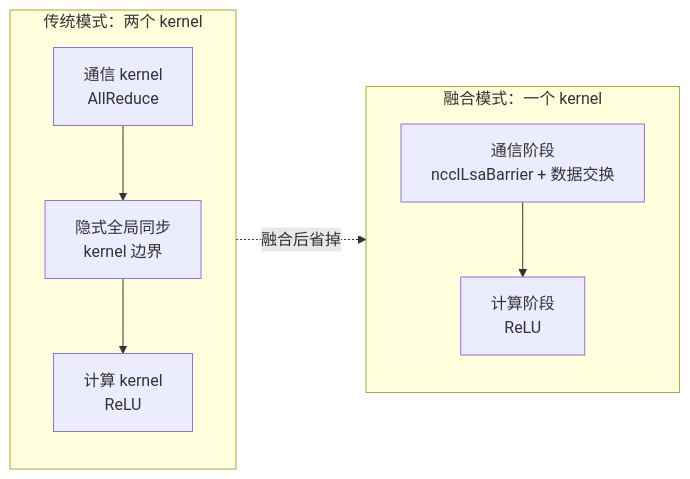
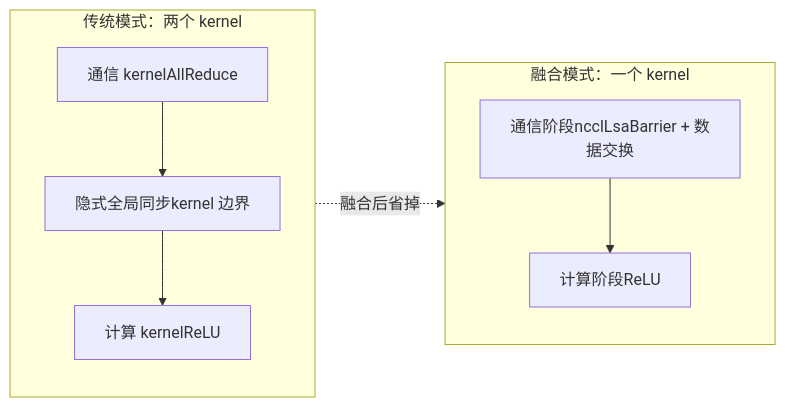
The fifth of 5 diagrams in books/nccl/en/20-device-api-and-kernel-fusion.md (maleRjc/AiReadCodeBooks), drawn with Mermaid before and after one commit. The commit also changed other lines of this file and 80 other files, not shown here.

````diff
--- a/books/nccl/en/20-device-api-and-kernel-fusion.md
+++ b/books/nccl/en/20-device-api-and-kernel-fusion.md
@@ -291,12 +311,12 @@
 ```mermaid
 flowchart LR
     subgraph old["传统模式：两个 kernel"]
-        k1["通信 kernel<br/>AllReduce"] --> sync["隐式全局同步<br/>kernel 边界"]
-        sync --> k2["计算 kernel<br/>ReLU"]
+        k1["通信 kernelAllReduce"] --> sync["隐式全局同步kernel 边界"]
+        sync --> k2["计算 kernelReLU"]
     end
     subgraph fused["融合模式：一个 kernel"]
-        f1["通信阶段<br/>ncclLsaBarrier + 数据交换"]
-        f1 --> f2["计算阶段<br/>ReLU"]
+        f1["通信阶段ncclLsaBarrier + 数据交换"]
+        f1 --> f2["计算阶段ReLU"]
     end
     old -.->|"融合后省掉"| fused
 ```
````
